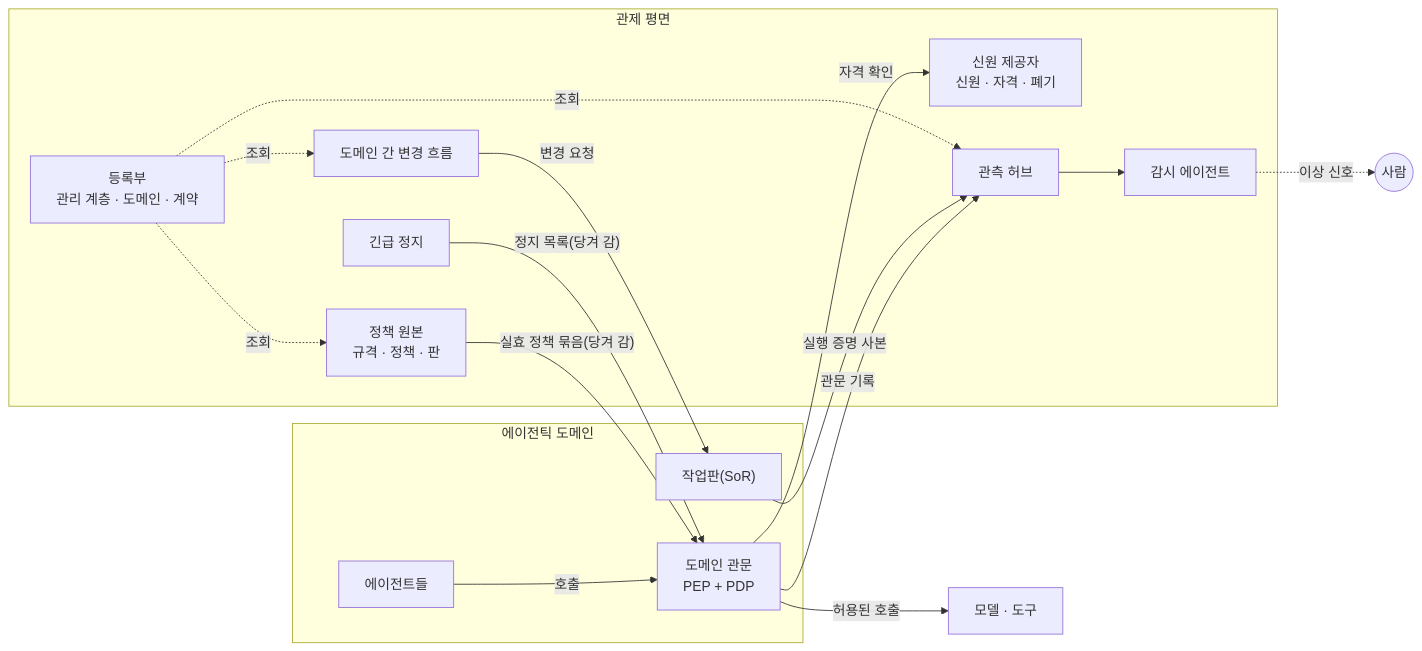
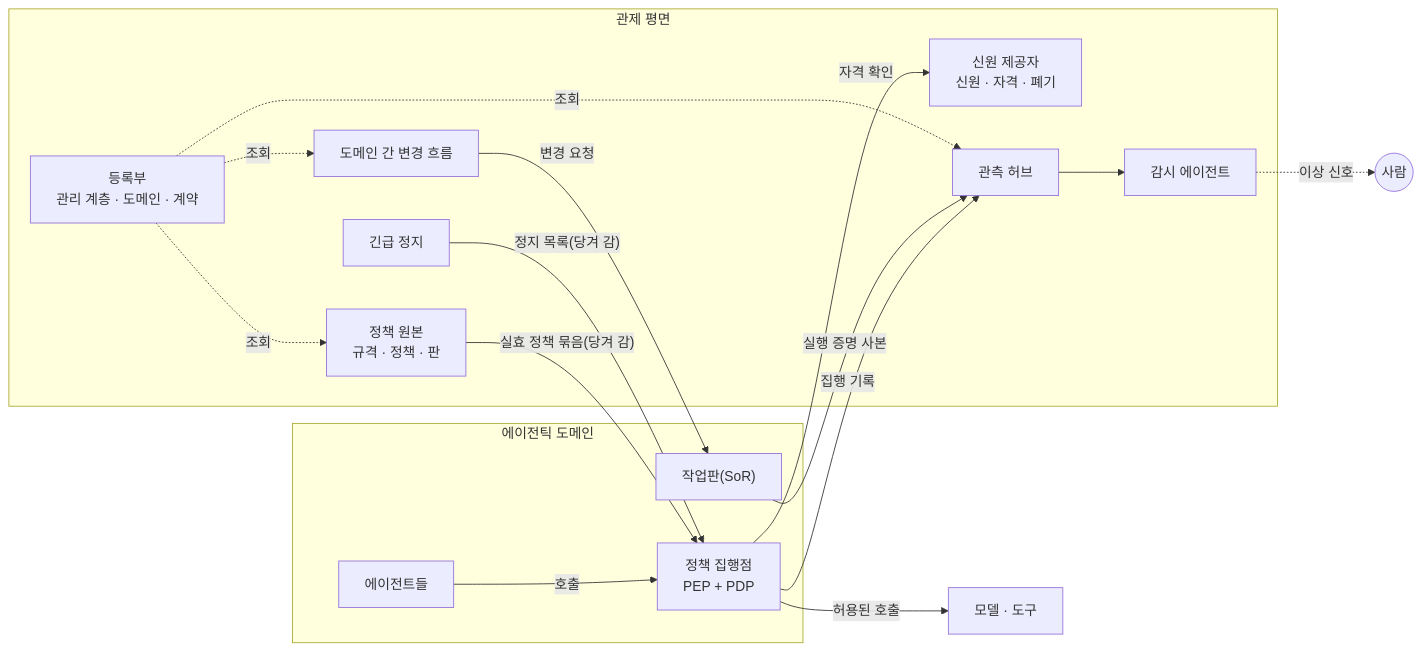
One commit to whiteceo/agentic changed the diagram in architecture/관제_평면_설계.md. Above: the diagram before and after it, drawn with Mermaid. The commit also changed other lines of this file and 3 other files, not shown here.

````diff
--- a/architecture/관제_평면_설계.md
+++ b/architecture/관제_평면_설계.md
@@ -21,28 +21,28 @@
 ```mermaid
 flowchart LR
   subgraph CP["관제 평면"]
     IdP["신원 제공자<br/>신원 · 자격 · 폐기"]
     PAP["정책 원본<br/>규격 · 정책 · 판"]
     REG["등록부<br/>관리 계층 · 도메인 · 계약"]
     KS["긴급 정지"]
     CDF["도메인 간 변경 흐름"]
     OBS["관측 허브"]
     GA["감시 에이전트"]
   end
   subgraph D["에이전틱 도메인"]
-    GW["도메인 관문<br/>PEP + PDP"]
+    GW["정책 집행점<br/>PEP + PDP"]
     SOR["작업판(SoR)"]
     AG["에이전트들"]
   end
   M["모델 · 도구"]
 
   AG -- 호출 --> GW -- 허용된 호출 --> M
   GW -- 자격 확인 --> IdP
   PAP -- 실효 정책 묶음(당겨 감) --> GW
   KS -- 정지 목록(당겨 감) --> GW
-  GW -- 관문 기록 --> OBS
+  GW -- 집행 기록 --> OBS
   SOR -- 실행 증명 사본 --> OBS
   OBS --> GA -. 이상 신호 .-> H(("사람"))
   CDF -- 변경 요청 --> SOR
   REG -. 조회 .-> CDF & OBS & PAP
 ```
````
